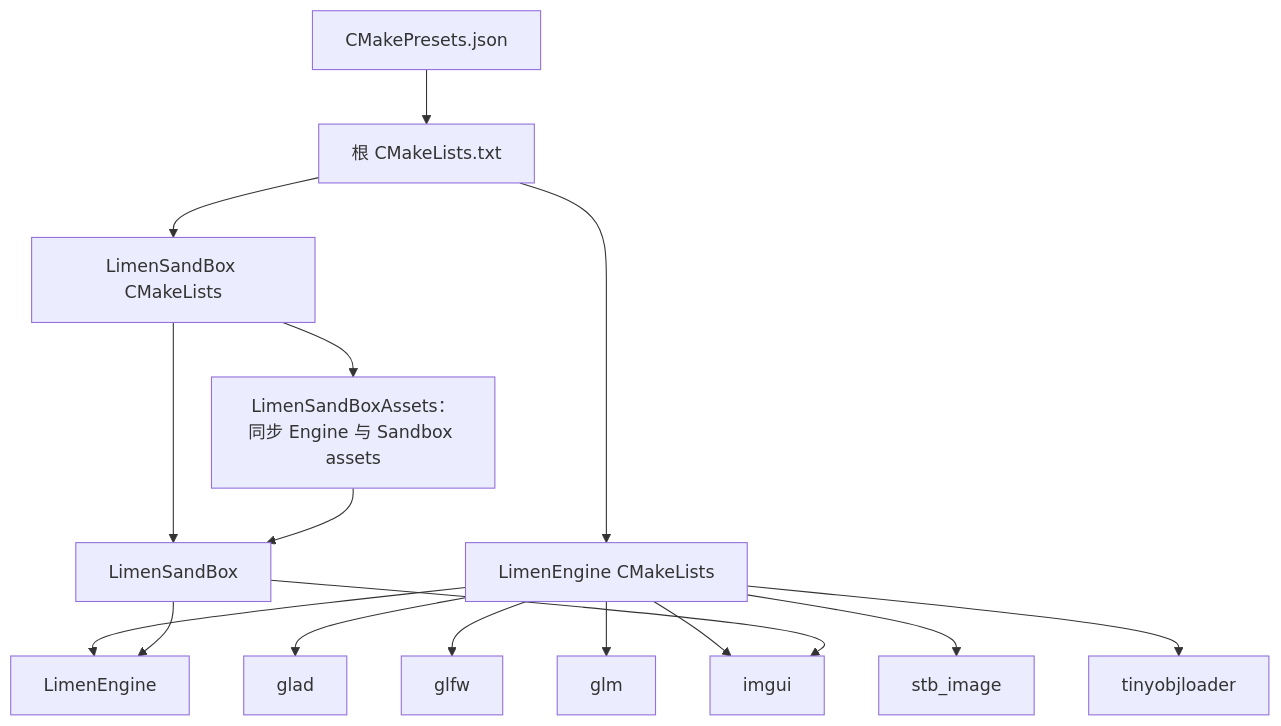
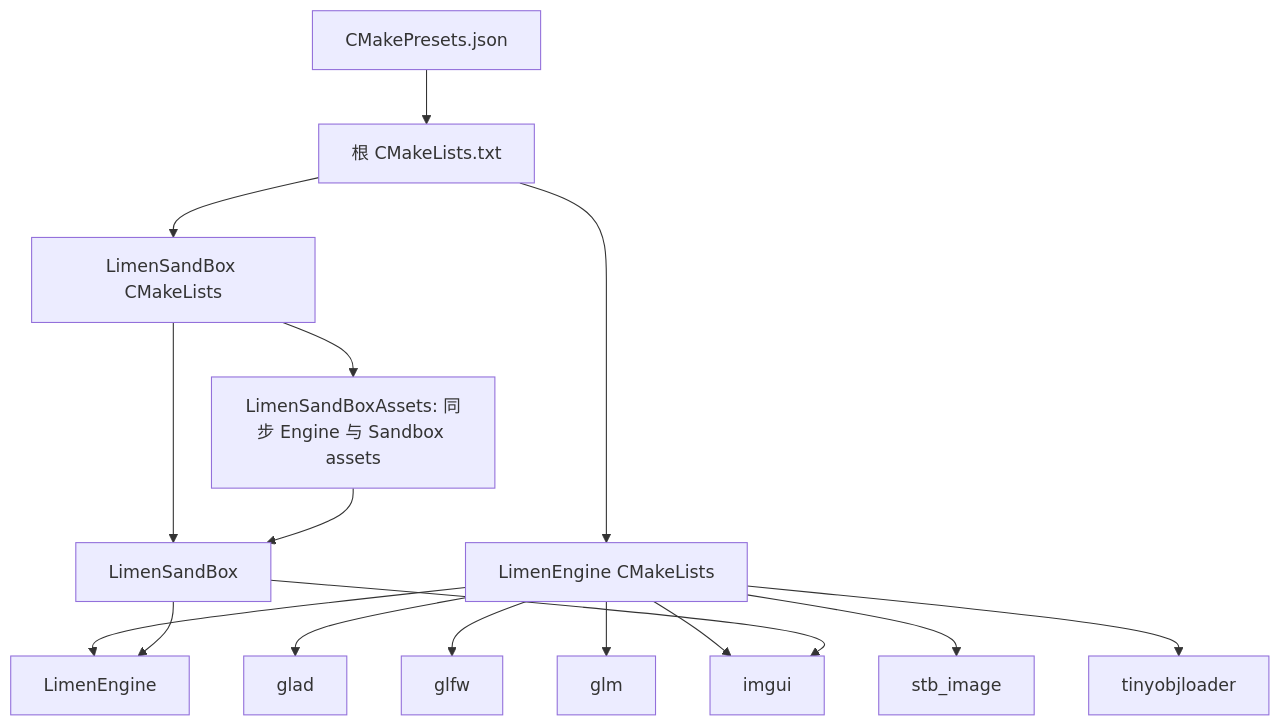
Before and after one commit to JackDowson2003/Limen-Engine: the second of 3 diagrams in README.md, drawn with Mermaid. The commit also changed other lines of this file and 4 other files, not shown here.

````diff
--- a/README.md
+++ b/README.md
@@ -407,18 +408,18 @@
 ```mermaid
 flowchart TD
     P[CMakePresets.json] --> R[根 CMakeLists.txt]
     R --> E[LimenEngine CMakeLists]
     R --> S[LimenSandBox CMakeLists]
     E --> ET[LimenEngine]
     E --> G[glad]
     E --> F[glfw]
     E --> M[glm]
     E --> I[imgui]
     E --> STB[stb_image]
     E --> OBJ[tinyobjloader]
     S --> APP[LimenSandBox]
-    S --> ASSETS[LimenSandBoxAssets：同步 Engine 与 Sandbox assets]
+    S --> ASSETS[LimenSandBoxAssets: 同步 Engine 与 Sandbox assets]
     ASSETS --> APP
     APP --> ET
     APP --> I
 ```
````
